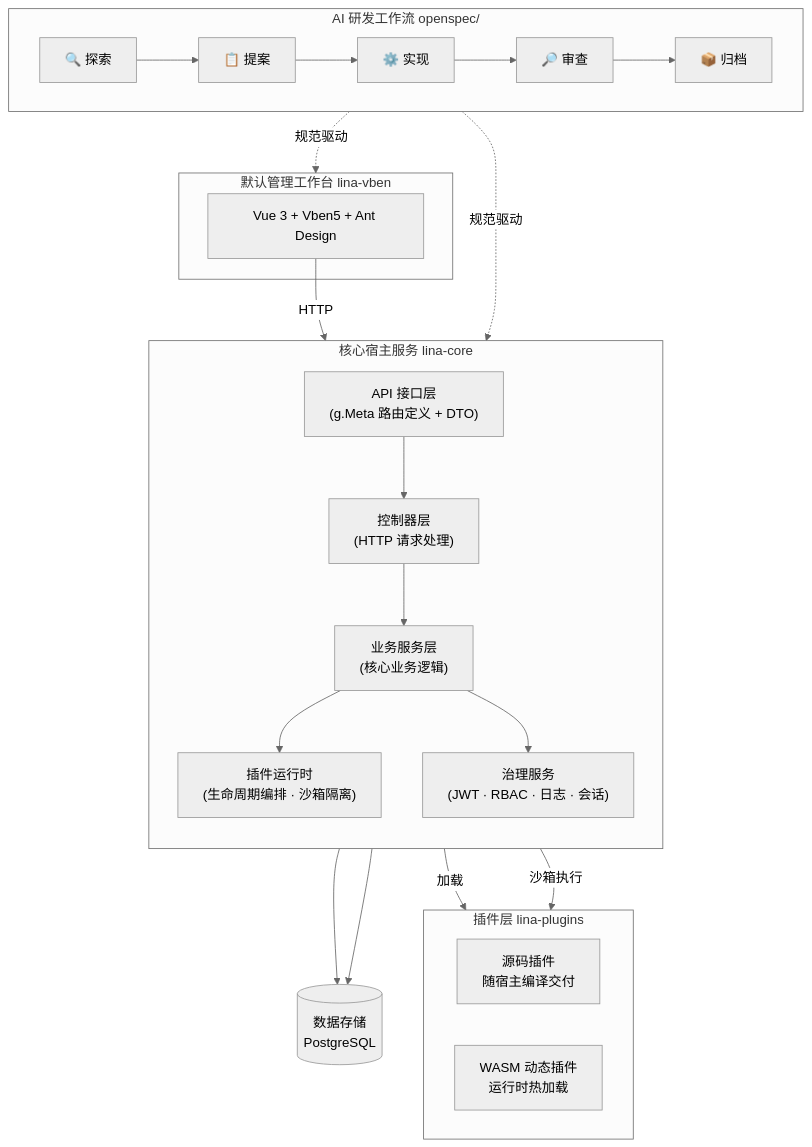
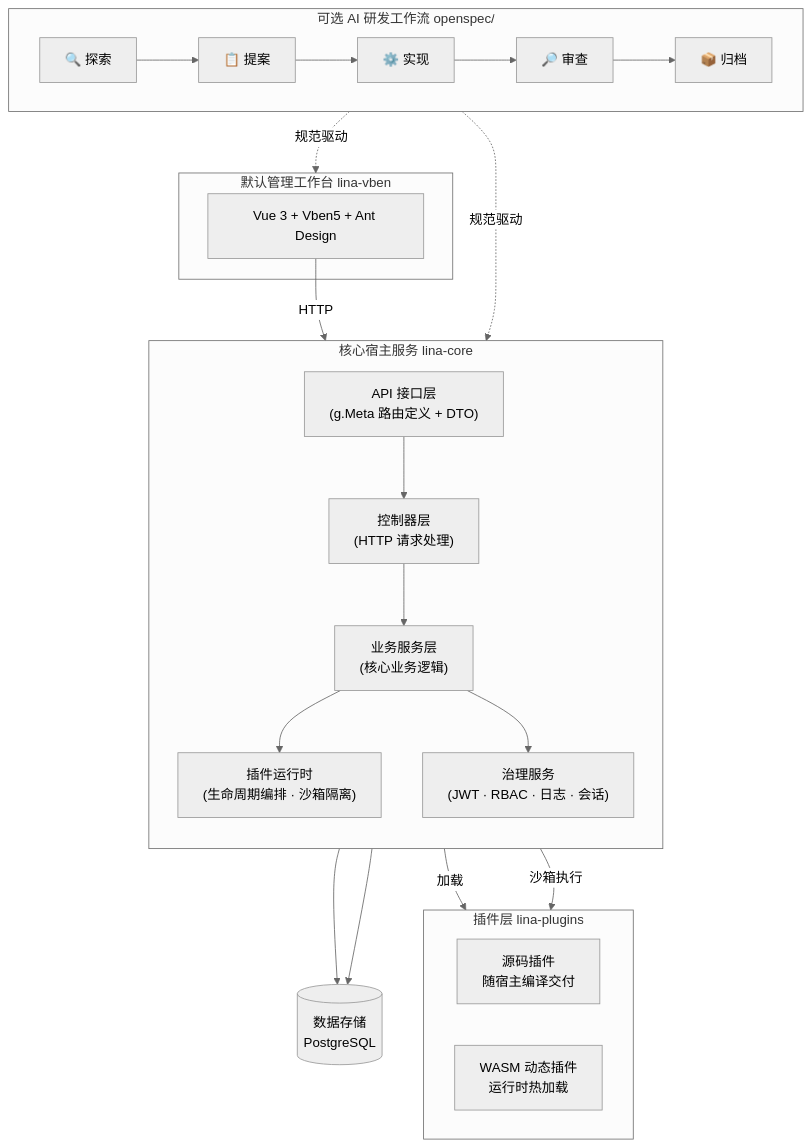
One commit to linaproai/linapro-site changed the diagram in apps/lina-site/docs/quick/1000-overview.md. Above: the diagram before and after it, drawn with Mermaid (neutral theme). The commit also changed other lines of this file and 22 other files, not shown here.

````diff
--- a/apps/lina-site/docs/quick/1000-overview.md
+++ b/apps/lina-site/docs/quick/1000-overview.md
@@ -77,39 +81,39 @@
 ```mermaid
 graph TB
-    subgraph Workflow["AI 研发工作流  openspec/"]
+    subgraph Workflow["可选 AI 研发工作流  openspec/"]
         direction LR
         Explore["🔍 探索"] --> Propose["📋 提案"] --> Implement["⚙️ 实现"] --> Review["🔎 审查"] --> Archive["📦 归档"]
     end
 
     subgraph Frontend["默认管理工作台  lina-vben"]
         UI["Vue 3 + Vben5 + Ant Design"]
     end
 
     subgraph Host["核心宿主服务  lina-core"]
         direction TB
         API["API 接口层\n(g.Meta 路由定义 + DTO)"]
         Ctrl["控制器层\n(HTTP 请求处理)"]
         Svc["业务服务层\n(核心业务逻辑)"]
         Plugin["插件运行时\n(生命周期编排 · 沙箱隔离)"]
         Gov["治理服务\n(JWT · RBAC · 日志 · 会话)"]
         API --> Ctrl --> Svc
         Svc --> Plugin
         Svc --> Gov
     end
 
     subgraph Plugins["插件层  lina-plugins"]
         direction LR
         Source["源码插件\n随宿主编译交付"]
         Dynamic["WASM 动态插件\n运行时热加载"]
     end
 
     DB[("数据存储\nPostgreSQL")]
 
     Workflow -.->|规范驱动| Frontend
     Workflow -.->|规范驱动| Host
     UI -->|HTTP| API
     Plugin -->|加载| Source
     Plugin -->|沙箱执行| Dynamic
     Svc --> DB
     Gov --> DB
 ```
````
